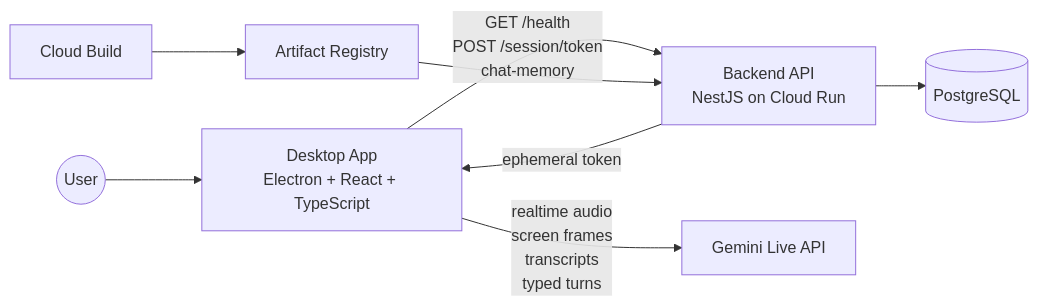
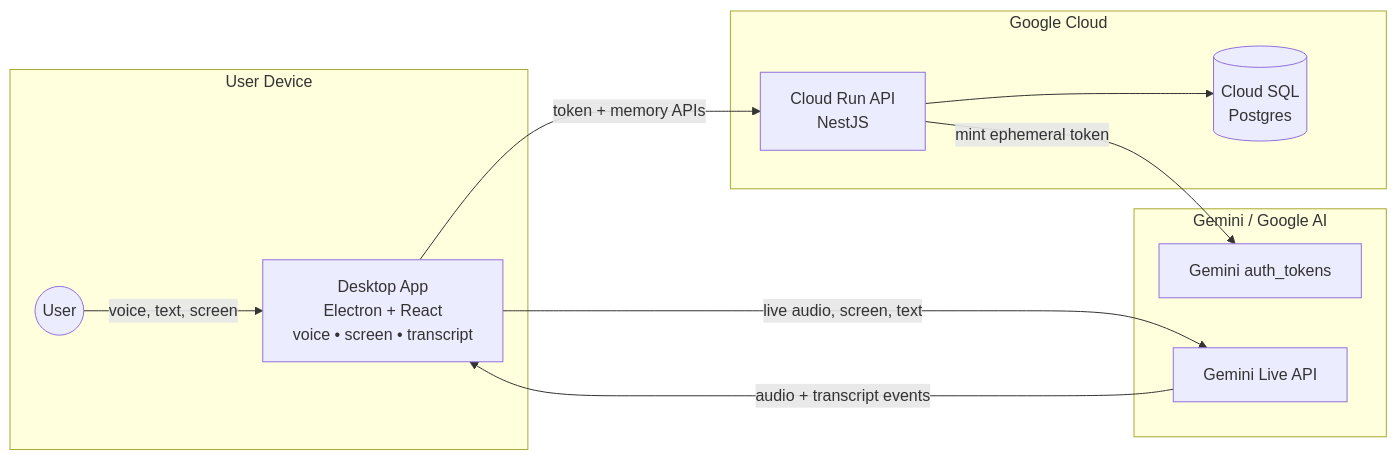
The first of 3 diagrams in README.md (rafaself/Livepair), drawn with Mermaid before and after one commit. The commit also changed other lines of this file, not shown here.

Commit message:
feat(docs): add architecture diagrams and runtime interaction flow to README

````diff
--- a/README.md
+++ b/README.md
@@ -149,18 +153,24 @@
 ```mermaid
 flowchart LR
-  User((User))
-  Desktop[Desktop App<br/>Electron + React + TypeScript]
-  API[Backend API<br/>NestJS on Cloud Run]
-  Gemini[Gemini Live API]
-  Postgres[(PostgreSQL)]
-  Build[Cloud Build]
-  Registry[Artifact Registry]
+  subgraph Device[User Device]
+    U((User))
+    D[Desktop App<br/>Electron + React<br/>voice • screen • transcript]
+  end
 
-  User --> Desktop
-  Desktop -->|GET /health<br/>POST /session/token<br/>chat-memory| API
-  API -->|ephemeral token| Desktop
-  Desktop -->|realtime audio<br/>screen frames<br/>transcripts<br/>typed turns| Gemini
-  API --> Postgres
-  Build --> Registry
-  Registry --> API
+  subgraph Cloud[Google Cloud]
+    API[Cloud Run API<br/>NestJS]
+    DB[(Cloud SQL<br/>Postgres)]
+  end
+
+  subgraph AI[Gemini / Google AI]
+    AUTH[Gemini auth_tokens]
+    LIVE[Gemini Live API]
+  end
+
+  U -->|voice, text, screen| D
+  D -->|token + memory APIs| API
+  API --> DB
+  API -->|mint ephemeral token| AUTH
+  D -->|live audio, screen, text| LIVE
+  LIVE -->|audio + transcript events| D
 ```
````
